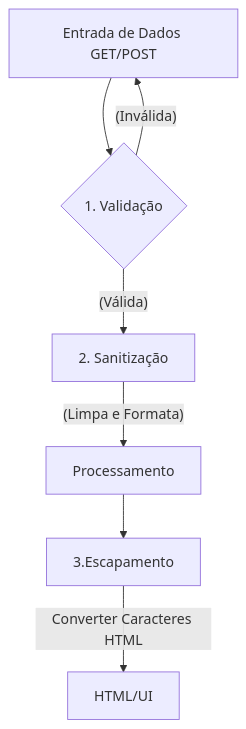
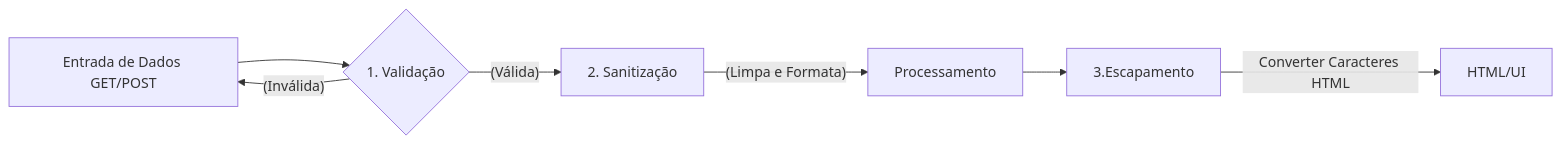
One commit to danielccozendey/backend changed the ninth of 18 diagrams in README.md. Above: the diagram before and after it, drawn with Mermaid. The commit also changed other lines of this file and 32 other files, not shown here.

````diff
--- a/README.md
+++ b/README.md
@@ -1023,19 +1009,19 @@
 ```mermaid
 
-flowchart 
+flowchart LR
 
     A[Entrada de Dados GET/POST]
     B{1. Validação}
     C[2. Sanitização]
     D[Processamento]
     E[3.Escapamento]
     F[HTML/UI]
 
     A --> B
     B --(Inválida)--> A
     B --(Válida) --> C
     C --(Limpa e Formata) --> D
     D --> E
     E -- Converter Caracteres HTML --> F
 
 ```
````
